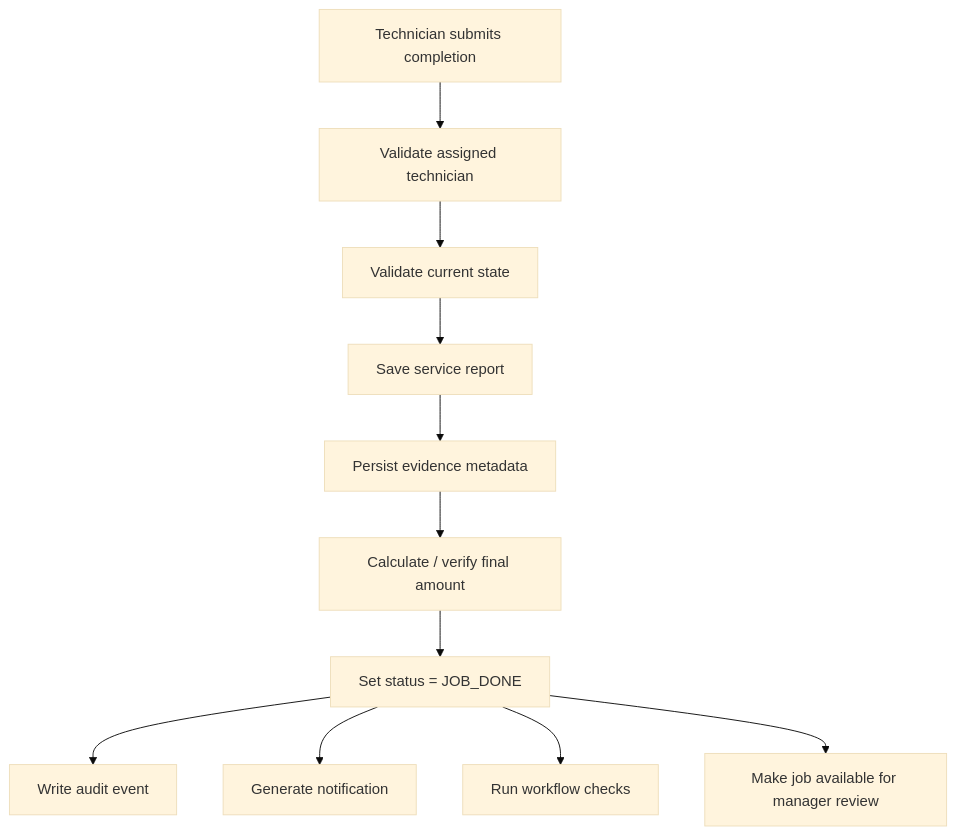
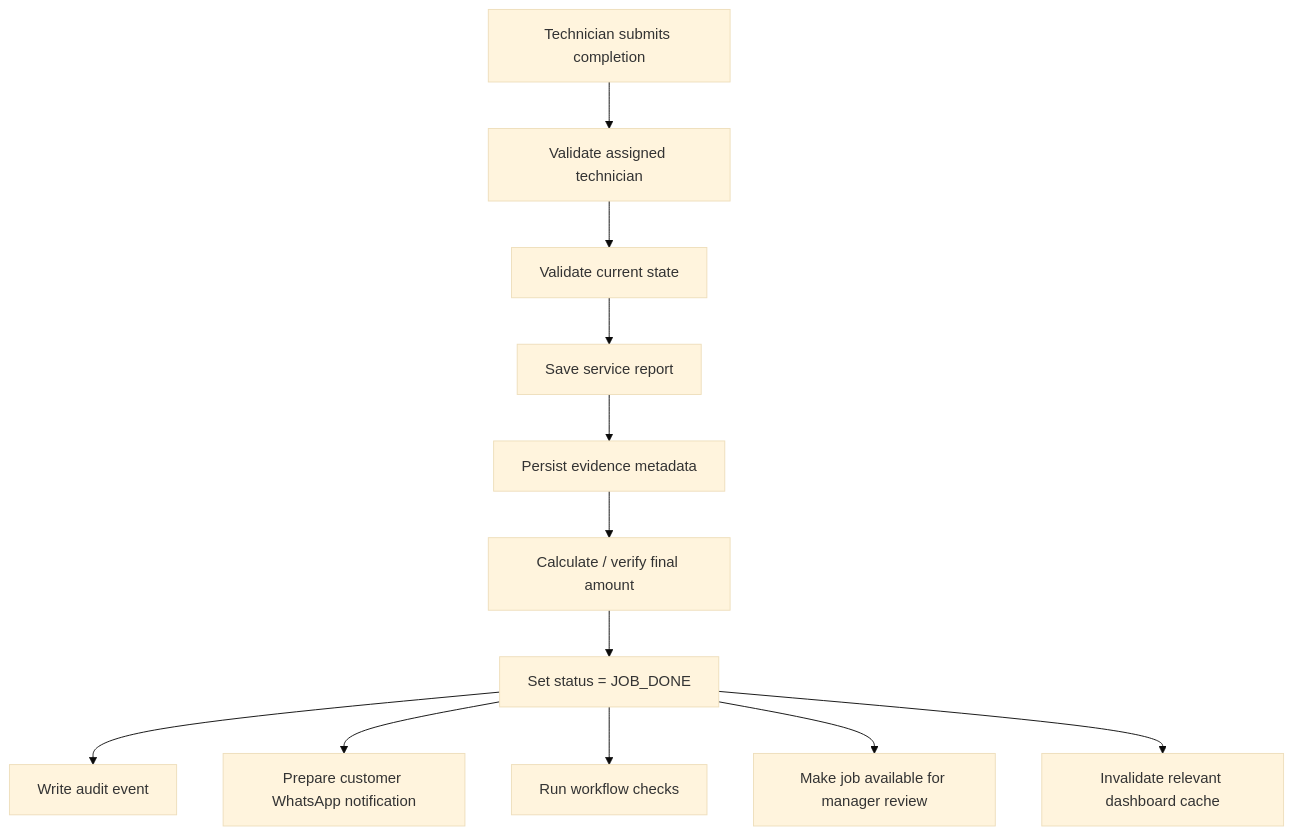
The fourth of 17 diagrams in docs/SYSTEM_SPEC.md (wong001110/sejukops-assessment), drawn with Mermaid (base theme) before and after one commit. The commit also changed other lines of this file, not shown here.

Commit message:
docs: integrate notification and dashboard performance decisions

````diff
--- a/docs/SYSTEM_SPEC.md
+++ b/docs/SYSTEM_SPEC.md
@@ -328,13 +334,14 @@
 ```mermaid
 flowchart TB
     A[Technician submits completion] --> B[Validate assigned technician]
     B --> C[Validate current state]
     C --> D[Save service report]
     D --> E[Persist evidence metadata]
     E --> F[Calculate / verify final amount]
     F --> G[Set status = JOB_DONE]
     G --> H[Write audit event]
-    G --> I[Generate notification]
+    G --> I[Prepare customer WhatsApp notification]
     G --> J[Run workflow checks]
     G --> K[Make job available for manager review]
+    G --> L[Invalidate relevant dashboard cache]
 ```
````
